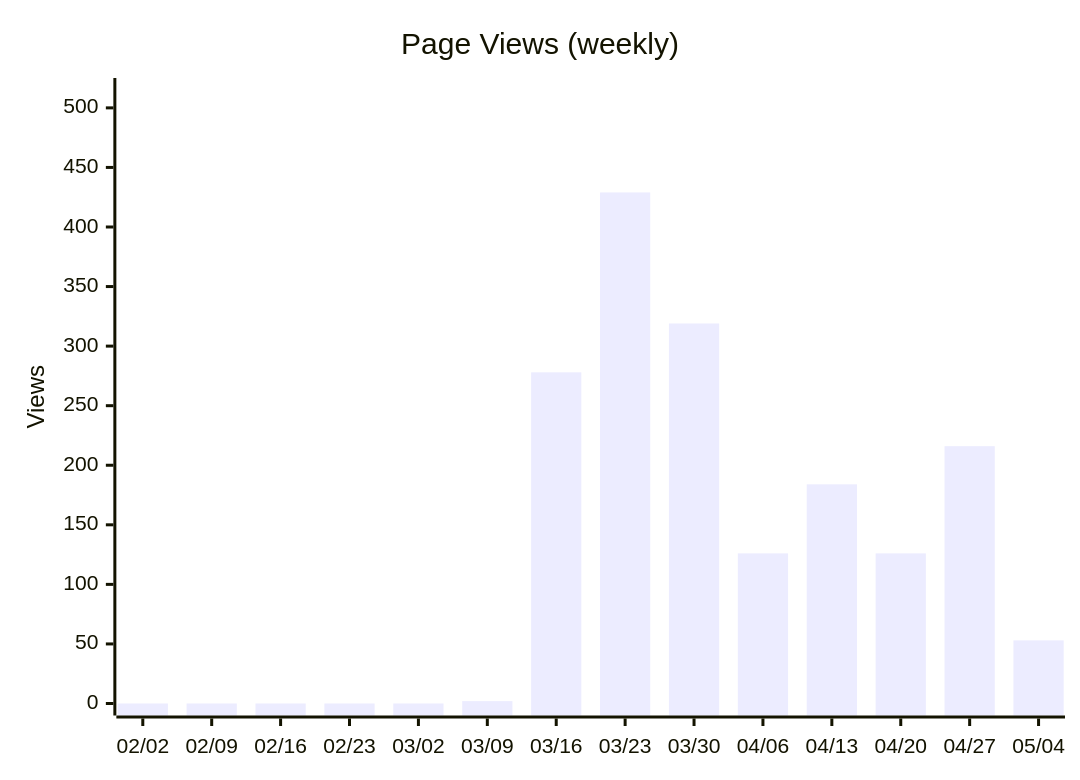
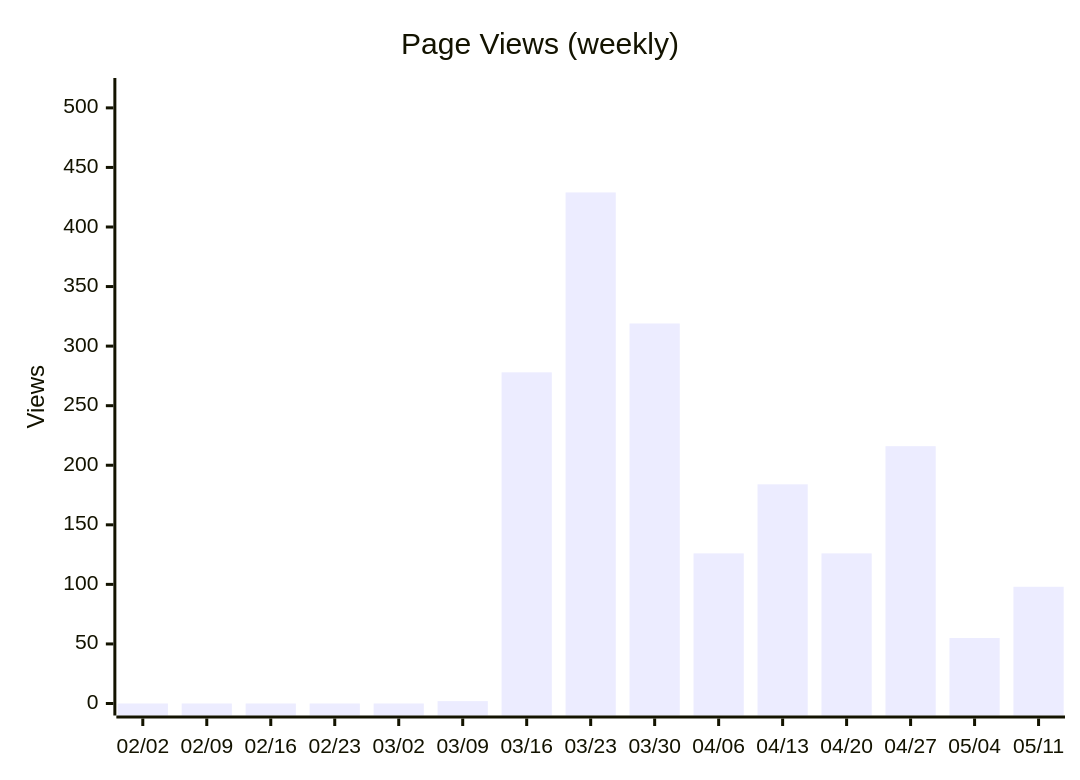
One commit to nablarch/nabledge-dev changed diagram 12 of 14 in docs/metrics.md. Above: the diagram before and after it, drawn with Mermaid. The commit also changed other lines of this file and 2 other files, not shown here.

````diff
--- a/docs/metrics.md
+++ b/docs/metrics.md
@@ -161,7 +161,7 @@
 ```mermaid
 xychart-beta
   title "Page Views (weekly)"
-  x-axis ["02/02", "02/09", "02/16", "02/23", "03/02", "03/09", "03/16", "03/23", "03/30", "04/06", "04/13", "04/20", "04/27", "05/04"]
+  x-axis ["02/02", "02/09", "02/16", "02/23", "03/02", "03/09", "03/16", "03/23", "03/30", "04/06", "04/13", "04/20", "04/27", "05/04", "05/11"]
   y-axis "Views" 0 --> 515
-  bar [0, 0, 0, 0, 0, 2, 278, 429, 319, 126, 184, 126, 216, 53]
+  bar [0, 0, 0, 0, 0, 2, 278, 429, 319, 126, 184, 126, 216, 55, 98]
 ```
````
